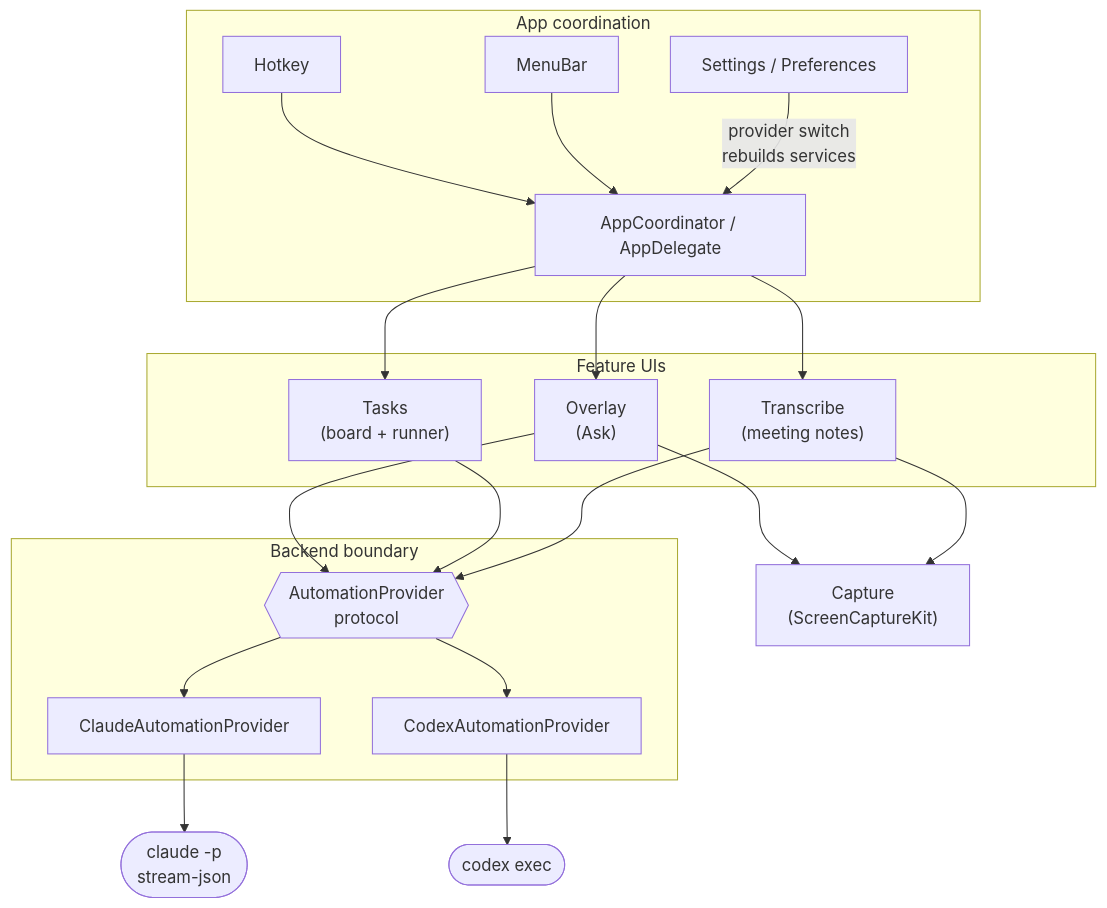
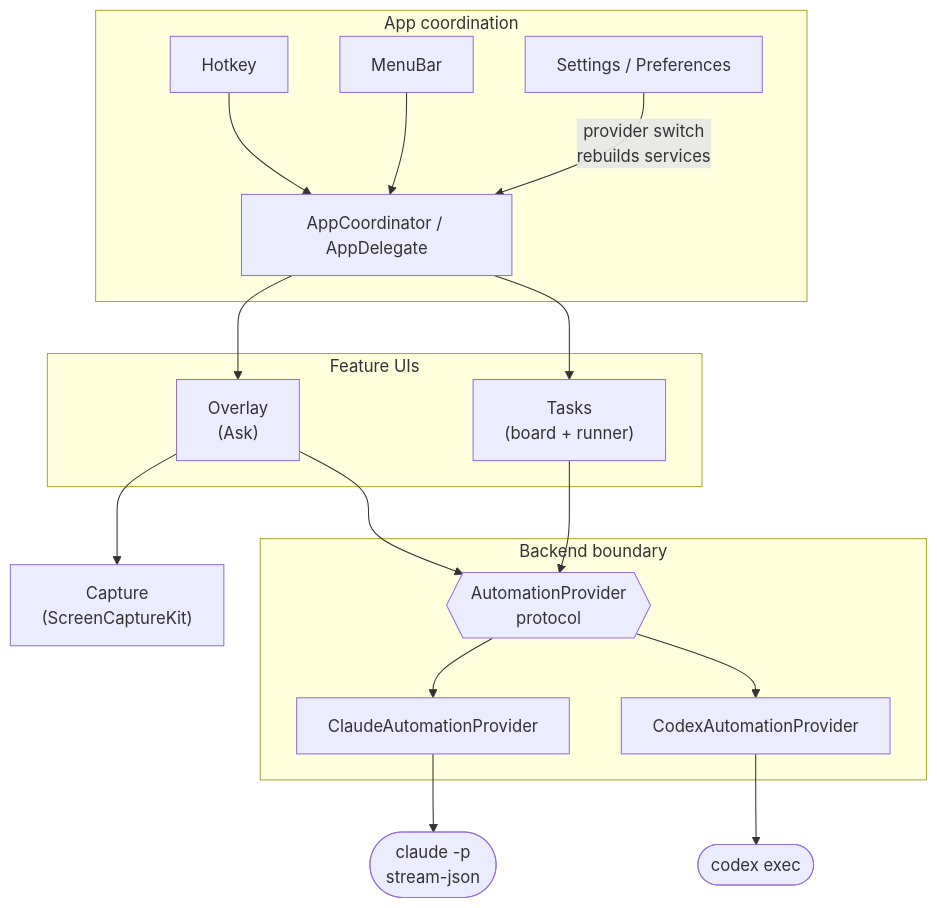
One commit to nekruza/glance-1 changed the third of 3 diagrams in README.md. Above: the diagram before and after it, drawn with Mermaid. The commit also changed other lines of this file and 1 other file, not shown here.

First line of the commit message:
docs: drop meeting transcription from the README and AGENTS

````diff
--- a/README.md
+++ b/README.md
@@ -200,32 +181,30 @@
 ```mermaid
 flowchart TB
     subgraph UI [Feature UIs]
         OV["Overlay<br/>(Ask)"]
         TB["Tasks<br/>(board + runner)"]
-        TR["Transcribe<br/>(meeting notes)"]
     end
     subgraph Coord [App coordination]
         AC["AppCoordinator / AppDelegate"]
         HK[Hotkey]
         MB[MenuBar]
         ST["Settings / Preferences"]
     end
     CAP["Capture<br/>(ScreenCaptureKit)"]
     subgraph Backend [Backend boundary]
         AP{{"AutomationProvider<br/>protocol"}}
         CL[ClaudeAutomationProvider]
         CX[CodexAutomationProvider]
     end
     CLI1(["claude -p<br/>stream-json"])
     CLI2(["codex exec"])
 
     HK --> AC
     MB --> AC
     ST -->|"provider switch<br/>rebuilds services"| AC
-    AC --> OV & TB & TR
+    AC --> OV & TB
     OV --> CAP
-    TR --> CAP
-    OV & TB & TR --> AP
+    OV & TB --> AP
     AP --> CL --> CLI1
     AP --> CX --> CLI2
 ```
````
